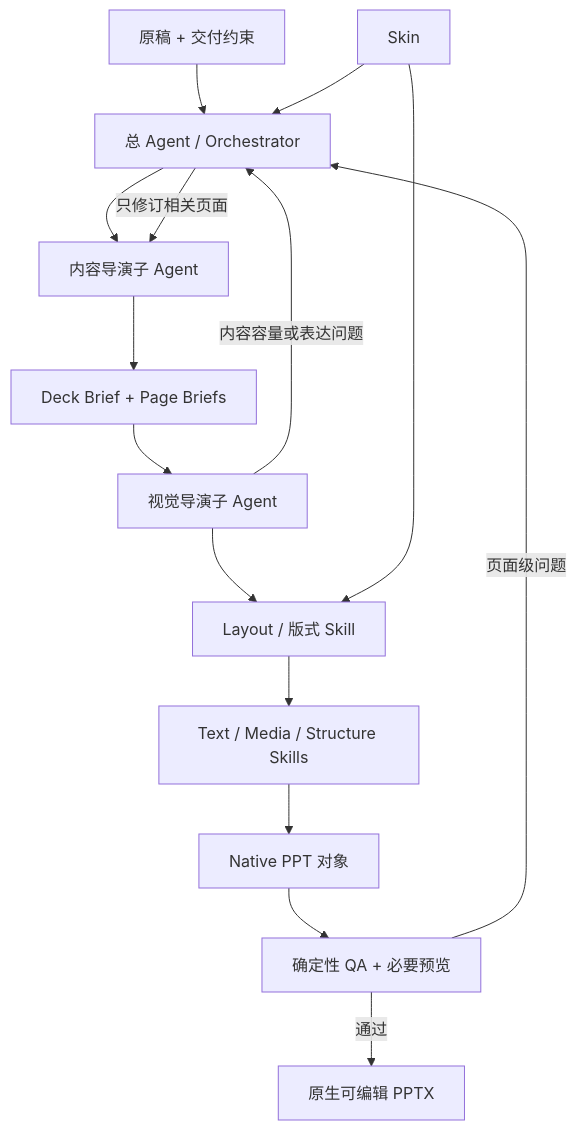
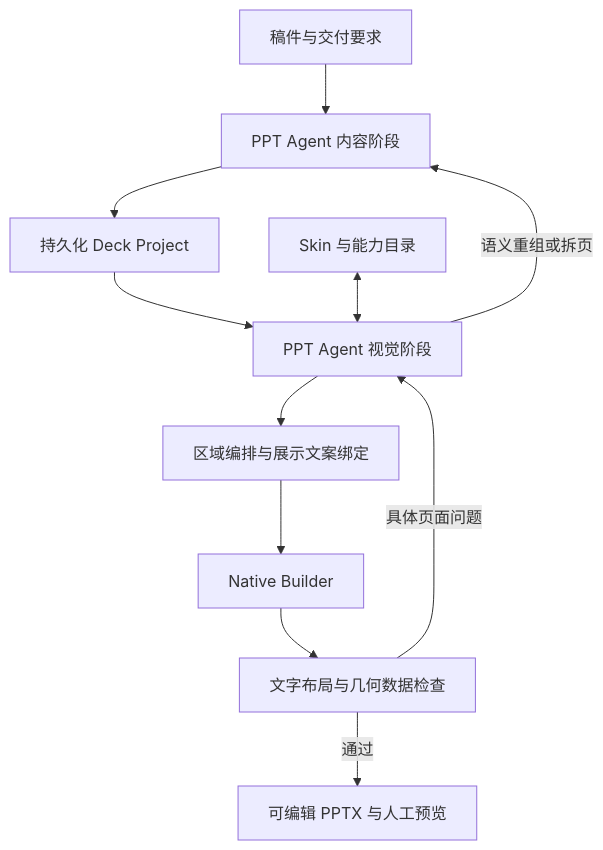
Before and after one commit to NEUwpy/PPagenT: the diagram in docs/工作流/正式生成/生成线架构决策.md, drawn with Mermaid. The commit also changed other lines of this file and 29 other files, not shown here.

First line of the commit message:
experiment: 验证无图片网格编排与局部内容修订

````diff
--- a/docs/工作流/正式生成/生成线架构决策.md
+++ b/docs/工作流/正式生成/生成线架构决策.md
@@ -19,17 +11,13 @@
 ```mermaid
 flowchart TD
-    A["原稿 + 交付约束"] --> O["总 Agent / Orchestrator"]
-    K["Skin"] --> O
-    O --> C["内容导演子 Agent"]
-    C --> P["Deck Brief + Page Briefs"]
-    P --> V["视觉导演子 Agent"]
-    V --> L["Layout / 版式 Skill"]
-    K --> L
-    L --> X["Text / Media / Structure Skills"]
-    X --> N["Native PPT 对象"]
-    N --> Q["确定性 QA + 必要预览"]
-    Q -->|通过| D["原生可编辑 PPTX"]
-    Q -->|页面级问题| O
-    V -->|内容容量或表达问题| O
-    O -->|只修订相关页面| C
+  I[稿件与交付要求] --> C[PPT Agent 内容阶段]
+  C --> P[持久化 Deck Project]
+  P --> V[PPT Agent 视觉阶段]
+  S[Skin 与能力目录] <--> V
+  V --> R[区域编排与展示文案绑定]
+  R --> N[Native Builder]
+  N --> Q[文字布局与几何数据检查]
+  Q -->|具体页面问题| V
+  V -->|语义重组或拆页| C
+  Q -->|通过| D[可编辑 PPTX 与人工预览]
 ```
````
